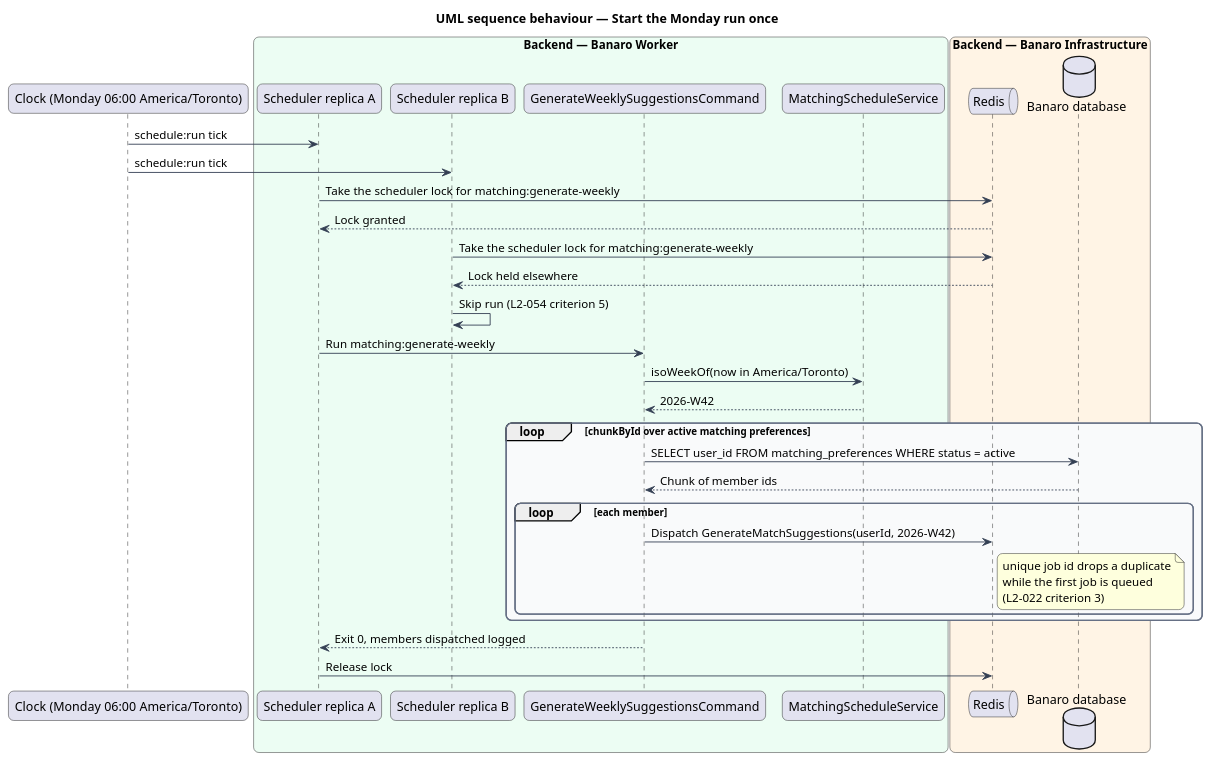
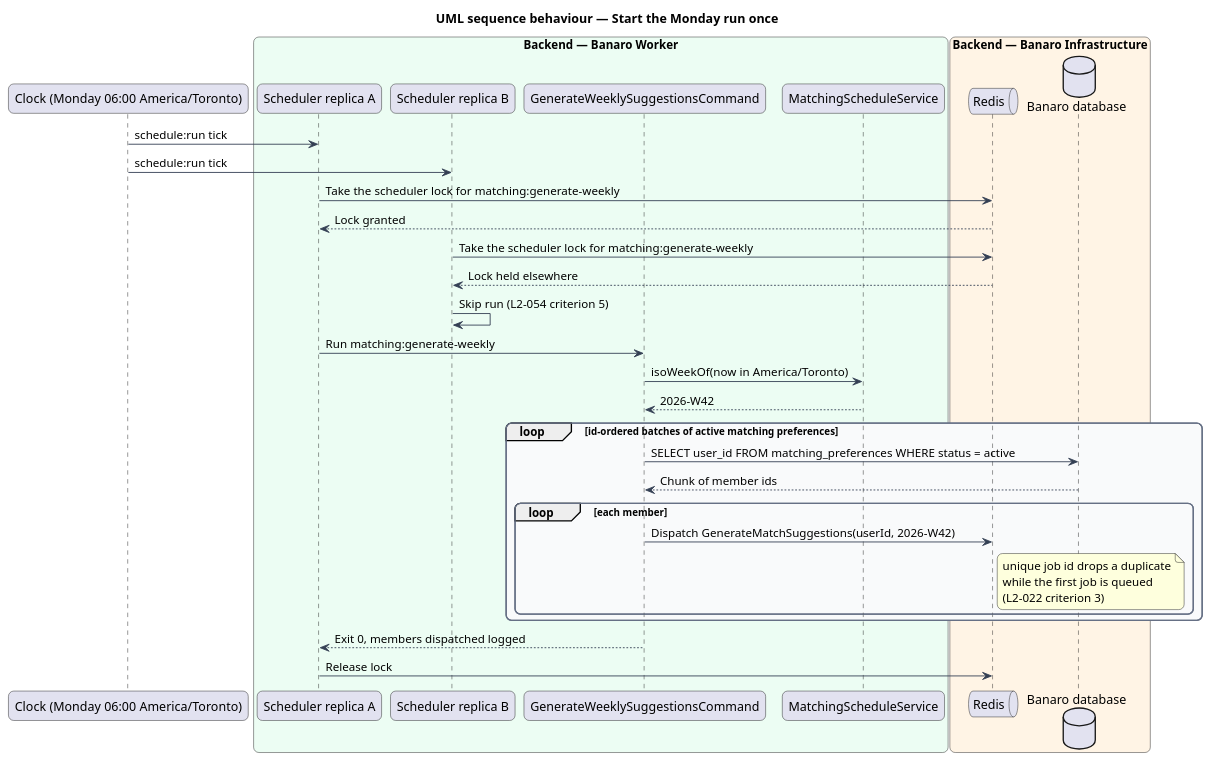
One commit to QuinntyneBrown/banaro changed the diagram in docs/detailed-designs/matching/generate-weekly-suggestions/diagrams/sequence-schedule-weekly-run.puml. Above: the diagram before and after it, drawn with PlantUML. The commit also changed 395 other files, not shown here.

```diff
--- a/docs/detailed-designs/matching/generate-weekly-suggestions/diagrams/sequence-schedule-weekly-run.puml
+++ b/docs/detailed-designs/matching/generate-weekly-suggestions/diagrams/sequence-schedule-weekly-run.puml
@@ -1,49 +1,49 @@
 @startuml
 title UML sequence behaviour — Start the Monday run once
 skinparam backgroundColor #FFFFFF
 skinparam shadowing false
 skinparam roundcorner 12
 skinparam defaultFontName Arial
 skinparam ArrowColor #344054
 skinparam rectangle {
   BorderColor #344054
   FontColor #101828
 }
 skinparam package {
   BorderColor #667085
   FontColor #101828
   BackgroundColor #F9FAFB
 }
 participant "Clock (Monday 06:00 America/Toronto)" as clock
 box "Backend — Banaro Worker" #ECFDF3
   participant "Scheduler replica A" as schedA
   participant "Scheduler replica B" as schedB
   participant "GenerateWeeklySuggestionsCommand" as cmd
   participant "MatchingScheduleService" as cal
 end box
 box "Backend — Banaro Infrastructure" #FFF4E5
   queue "Redis" as redis
   database "Banaro database" as db
 end box
 
 clock -> schedA : schedule:run tick
 clock -> schedB : schedule:run tick
 schedA -> redis : Take the scheduler lock for matching:generate-weekly
 redis --> schedA : Lock granted
 schedB -> redis : Take the scheduler lock for matching:generate-weekly
 redis --> schedB : Lock held elsewhere
 schedB -> schedB : Skip run (L2-054 criterion 5)
 schedA -> cmd : Run matching:generate-weekly
 cmd -> cal : isoWeekOf(now in America/Toronto)
 cal --> cmd : 2026-W42
-loop chunkById over active matching preferences
+loop id-ordered batches of active matching preferences
   cmd -> db : SELECT user_id FROM matching_preferences WHERE status = active
   db --> cmd : Chunk of member ids
   loop each member
     cmd -> redis : Dispatch GenerateMatchSuggestions(userId, 2026-W42)
     note right of redis : unique job id drops a duplicate\nwhile the first job is queued\n(L2-022 criterion 3)
   end
 end
 cmd --> schedA : Exit 0, members dispatched logged
 schedA -> redis : Release lock
 @enduml
```
